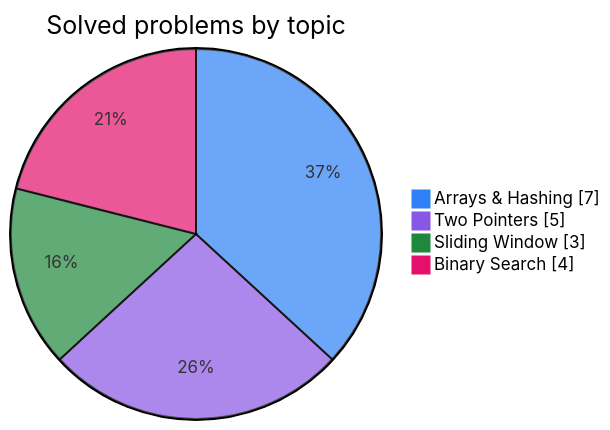
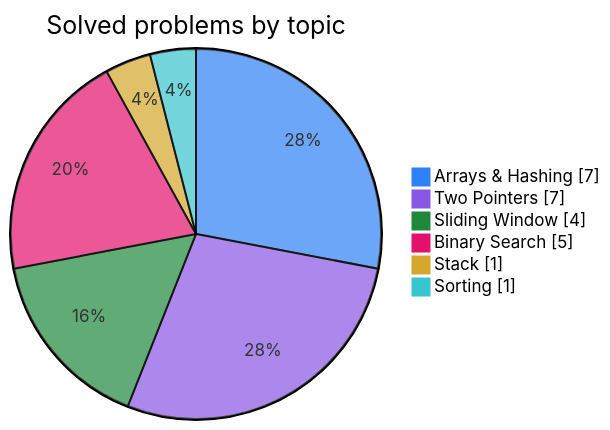
Before and after one commit to sombreror/leetcode: the first of 2 diagrams in README.md, drawn with Mermaid. The commit also changed other lines of this file, not shown here.

````diff
--- a/README.md
+++ b/README.md
@@ -40,8 +50,10 @@
 ```mermaid
-%%{init: {"themeVariables": {"pie1": "#2f81f7", "pie2": "#8957e5", "pie3": "#1f883d", "pie4": "#e3116c", "pieOuterStrokeWidth": "2px"}}}%%
+%%{init: {"themeVariables": {"pie1": "#2f81f7", "pie2": "#8957e5", "pie3": "#1f883d", "pie4": "#e3116c", "pie5": "#d4a72c", "pie6": "#39c5cf", "pieOuterStrokeWidth": "2px"}}}%%
 pie showData title Solved problems by topic
     "Arrays & Hashing" : 7
-    "Two Pointers" : 5
-    "Sliding Window" : 3
-    "Binary Search" : 4
+    "Two Pointers" : 7
+    "Sliding Window" : 4
+    "Binary Search" : 5
+    "Stack" : 1
+    "Sorting" : 1
 ```
````
